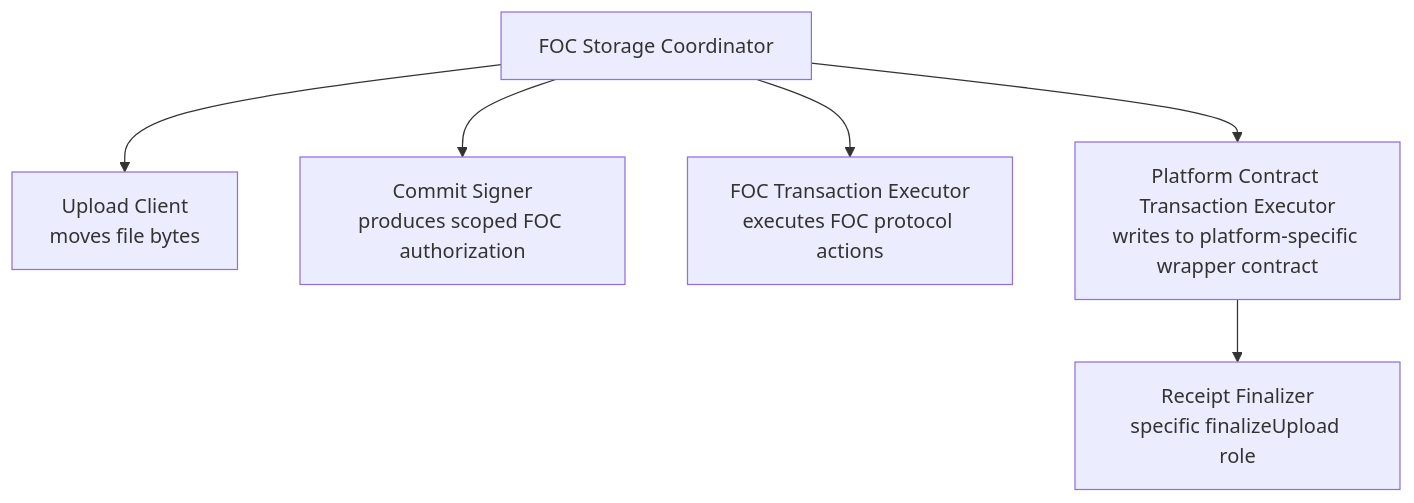
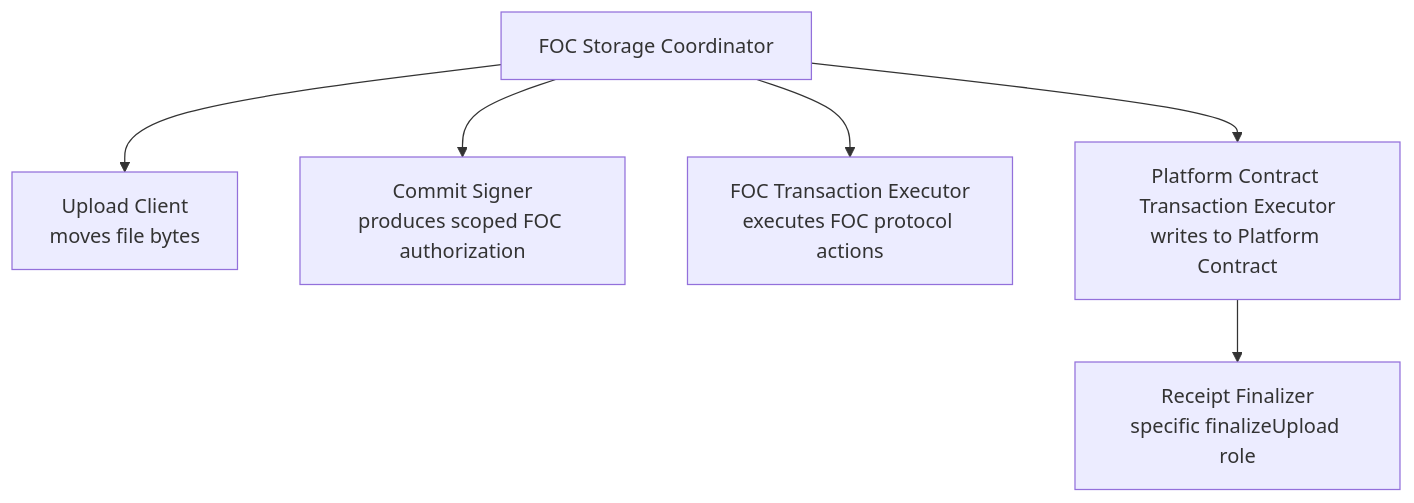
Before and after one commit to FIL-Builders/foc-platform: the third of 20 diagrams in spec.md, drawn with Mermaid. The commit also changed other lines of this file, not shown here.

````diff
--- a/spec.md
+++ b/spec.md
@@ -178,15 +178,15 @@
 ```mermaid
 flowchart TD
   coordinator["FOC Storage Coordinator"]
   upload["Upload Client<br/>moves file bytes"]
   signer["Commit Signer<br/>produces scoped FOC authorization"]
   focTx["FOC Transaction Executor<br/>executes FOC protocol actions"]
-  platformTx["Platform Contract Transaction Executor<br/>writes to platform-specific wrapper contract"]
+  platformTx["Platform Contract Transaction Executor<br/>writes to Platform Contract"]
   finalizer["Receipt Finalizer<br/>specific finalizeUpload role"]
 
   coordinator --> upload
   coordinator --> signer
   coordinator --> focTx
   coordinator --> platformTx
   platformTx --> finalizer
 ```
````
